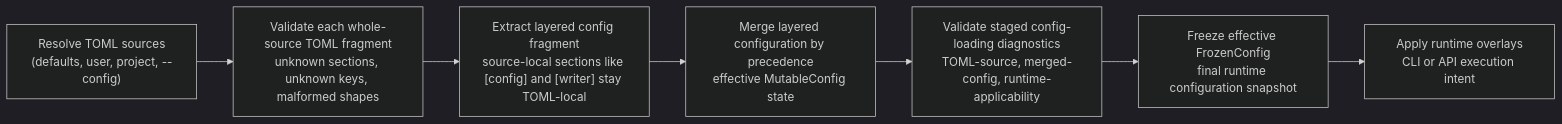
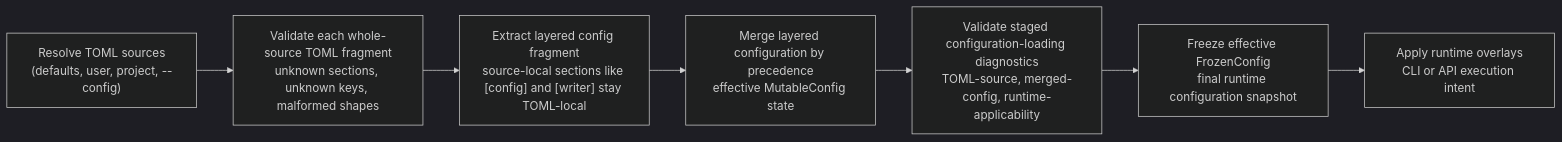
Before and after one commit to shutterfreak/topmark: the diagram in docs/configuration/index.md, drawn with Mermaid (dark theme). The commit also changed other lines of this file and 1 other file, not shown here.

First line of the commit message:
docs(config): clarify layered runtime configuration architecture

````diff
--- a/docs/configuration/index.md
+++ b/docs/configuration/index.md
@@ -62,12 +83,12 @@
 ```mermaid
 flowchart LR
     A["Resolve TOML sources<br/>(defaults, user, project, --config)"]
     B["Validate each whole-source TOML fragment<br/>unknown sections, unknown keys, malformed shapes"]
     C["Extract layered config fragment<br/>source-local sections like [config] and [writer] stay TOML-local"]
     D["Merge layered configuration by precedence<br/>effective MutableConfig state"]
-    E["Validate staged config-loading diagnostics<br/>TOML-source, merged-config, runtime-applicability"]
+    E["Validate staged configuration-loading diagnostics<br/>TOML-source, merged-config, runtime-applicability"]
     F["Freeze effective FrozenConfig<br/>final runtime configuration snapshot"]
     G["Apply runtime overlays<br/>CLI or API execution intent"]
 
     A --> B --> C --> D --> E --> F --> G
 ```
````
